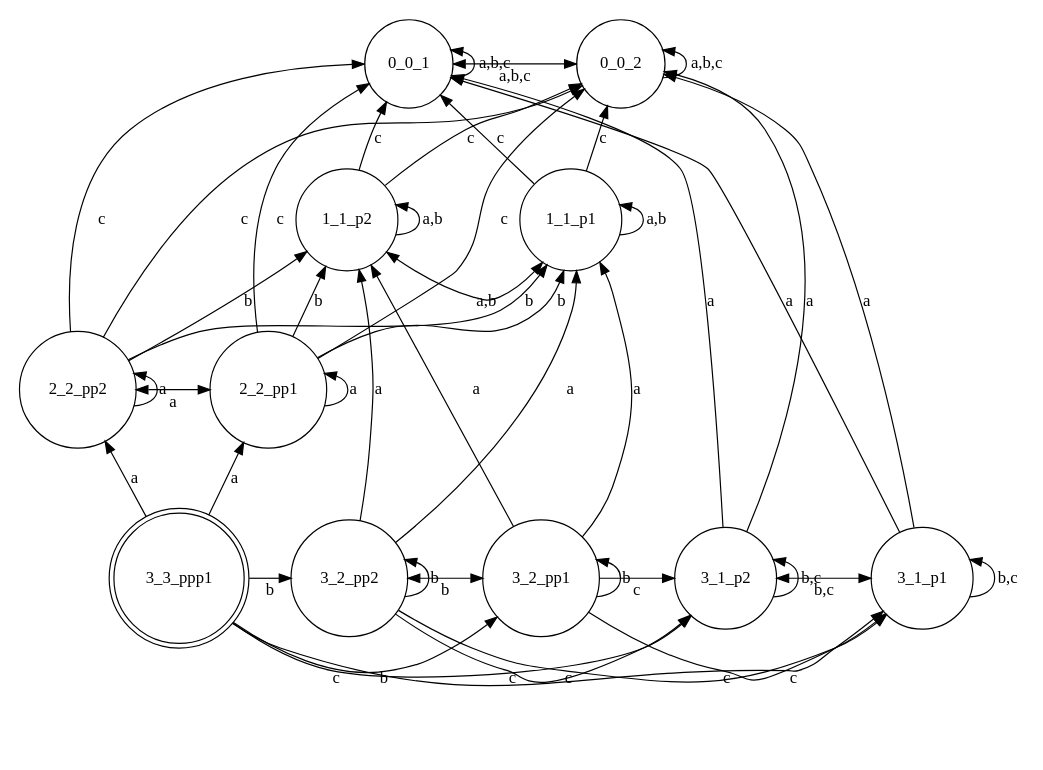
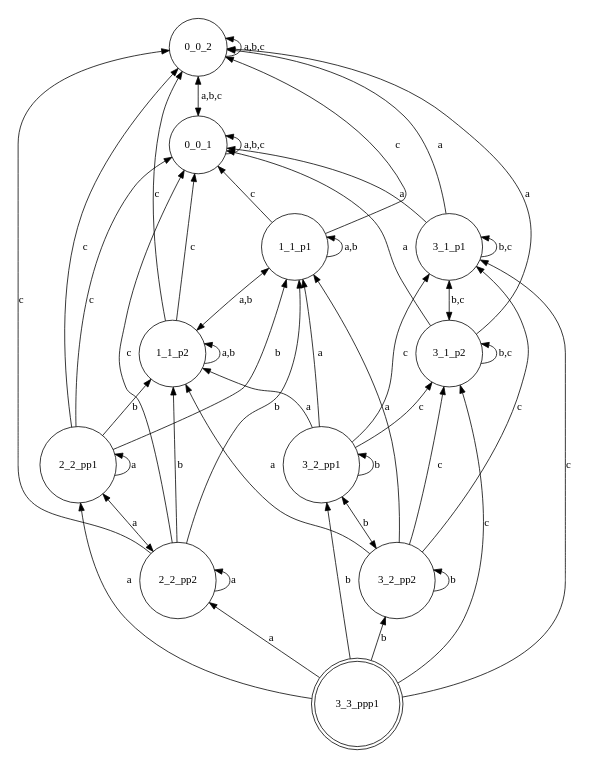
The diagram in asp/output_render/output.dot (FrancescoFabiano/EFP), drawn with Graphviz before and after one commit. The commit also changed 1 other file, not shown here.

Commit message:
added T and R checking for rank in python asp render

```diff
--- a/asp/output_render/output.dot
+++ b/asp/output_render/output.dot
@@ -1,70 +1,72 @@
 digraph K_structure{
 	rankdir=BT;
 	size="8,5"
 
 //WORLDS List:
 	node [shape = circle] "0_0_1";
 	node [shape = circle] "0_0_2";
 	node [shape = circle] "1_1_p2";
 	node [shape = circle] "1_1_p1";
 	node [shape = circle] "2_2_pp2";
 	node [shape = circle] "2_2_pp1";
 	node [shape = doublecircle] "3_3_ppp1";
 	node [shape = circle] "3_1_p1";
 	node [shape = circle] "3_1_p2";
 	node [shape = circle] "3_2_pp1";
 	node [shape = circle] "3_2_pp2";
 
 //RANKS List:
-	{rank = same; "0_0_1"; "0_0_2"};
-	{rank = same; "1_1_p1"; "1_1_p2"};
-	{rank = same; "2_2_pp1"; "2_2_pp2"};
-	{rank = same; "3_1_p1"; "3_1_p2"; "3_2_pp1"; "3_2_pp2"; "3_3_ppp1"};
+	{rank = 1; "0_0_1"; "0_0_2"};
+	{rank = 2; "1_1_p1"; "1_1_p2"};
+	{rank = 3; "2_2_pp1"; "2_2_pp2"};
+	{rank = 4; "3_1_p1"; "3_1_p2"};
+	{rank = 5; "3_2_pp1"; "3_2_pp2"};
+	{rank = 6; "3_3_ppp1"};
 
 //EDGES List:
 	"0_0_1" -> "0_0_1" [label="a,b,c"];
 	"0_0_2" -> "0_0_2" [label="a,b,c"];
 	"1_1_p1" -> "0_0_1" [label="c"];
 	"1_1_p1" -> "0_0_2" [label="c"];
 	"1_1_p2" -> "0_0_1" [label="c"];
 	"1_1_p2" -> "0_0_2" [label="c"];
 	"1_1_p1" -> "1_1_p1" [label="a,b"];
 	"1_1_p2" -> "1_1_p2" [label="a,b"];
 	"2_2_pp1" -> "1_1_p1" [label="b"];
 	"2_2_pp1" -> "1_1_p2" [label="b"];
 	"2_2_pp1" -> "0_0_1" [label="c"];
 	"2_2_pp1" -> "0_0_2" [label="c"];
 	"2_2_pp2" -> "1_1_p1" [label="b"];
 	"2_2_pp2" -> "1_1_p2" [label="b"];
 	"2_2_pp2" -> "0_0_1" [label="c"];
 	"2_2_pp2" -> "0_0_2" [label="c"];
 	"2_2_pp1" -> "2_2_pp1" [label="a"];
 	"2_2_pp2" -> "2_2_pp2" [label="a"];
 	"3_3_ppp1" -> "2_2_pp1" [label="a"];
 	"3_3_ppp1" -> "2_2_pp2" [label="a"];
 	"3_1_p1" -> "0_0_1" [label="a"];
 	"3_1_p1" -> "0_0_2" [label="a"];
 	"3_1_p2" -> "0_0_1" [label="a"];
 	"3_1_p2" -> "0_0_2" [label="a"];
 	"3_2_pp1" -> "1_1_p1" [label="a"];
 	"3_2_pp1" -> "1_1_p2" [label="a"];
 	"3_2_pp2" -> "1_1_p1" [label="a"];
 	"3_2_pp2" -> "1_1_p2" [label="a"];
 	"3_2_pp2" -> "3_1_p1" [label="c"];
 	"3_2_pp1" -> "3_1_p1" [label="c"];
 	"3_1_p1" -> "3_1_p1" [label="b,c"];
 	"3_3_ppp1" -> "3_1_p1" [label="c"];
 	"3_2_pp2" -> "3_1_p2" [label="c"];
 	"3_2_pp1" -> "3_1_p2" [label="c"];
 	"3_1_p2" -> "3_1_p2" [label="b,c"];
 	"3_3_ppp1" -> "3_1_p2" [label="c"];
 	"3_2_pp1" -> "3_2_pp1" [label="b"];
 	"3_3_ppp1" -> "3_2_pp1" [label="b"];
 	"3_2_pp2" -> "3_2_pp2" [label="b"];
 	"3_3_ppp1" -> "3_2_pp2" [label="b"];
 	"0_0_1" -> "0_0_2" [dir=both label="a,b,c"];
 	"1_1_p2" -> "1_1_p1" [dir=both label="a,b"];
 	"2_2_pp2" -> "2_2_pp1" [dir=both label="a"];
 	"3_1_p2" -> "3_1_p1" [dir=both label="b,c"];
 	"3_2_pp2" -> "3_2_pp1" [dir=both label="b"];
 }
```
